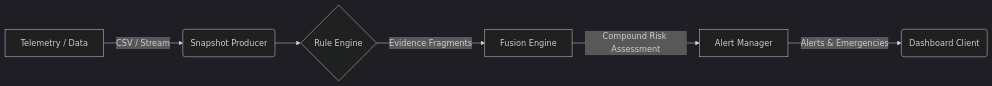
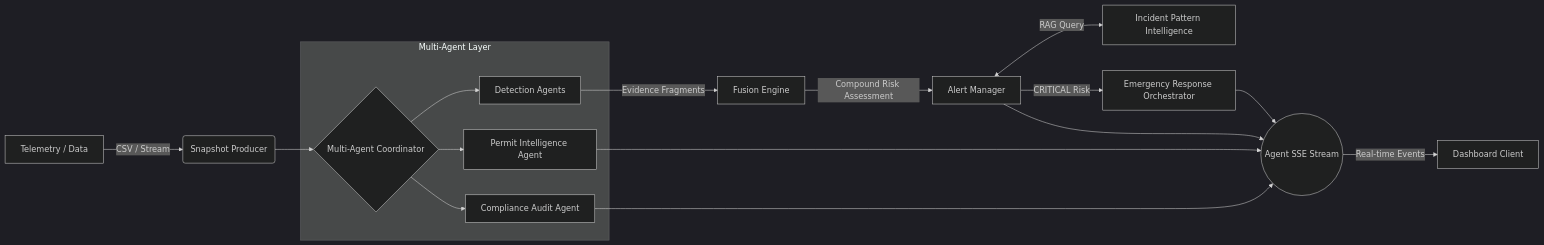
The second of 3 diagrams in README.md (Mahatva777/IndusIntel-AI), drawn with Mermaid (dark theme) before and after one commit. The commit also changed other lines of this file and 80 other files, not shown here.

Commit message:
feat: integrate Multi-Agent architecture with RAG and Compliance Intelligence

````diff
--- a/README.md
+++ b/README.md
@@ -60,8 +80,23 @@
 ```mermaid
 flowchart LR
     A[Telemetry / Data] -->|CSV / Stream| B(Snapshot Producer)
-    B --> C{Rule Engine}
-    C -->|Evidence Fragments| D[Fusion Engine]
+    B --> C{Multi-Agent Coordinator}
+    
+    subgraph Multi-Agent Layer
+        C --> R1[Detection Agents]
+        C --> R2[Permit Intelligence Agent]
+        C --> R3[Compliance Audit Agent]
+    end
+    
+    R1 -->|Evidence Fragments| D[Fusion Engine]
     D -->|Compound Risk Assessment| E[Alert Manager]
-    E -->|Alerts & Emergencies| F(Dashboard Client)
+    E <-->|RAG Query| F[Incident Pattern Intelligence]
+    E -->|CRITICAL Risk| G[Emergency Response Orchestrator]
+    
+    R2 --> H
+    R3 --> H
+    E --> H
+    G --> H
+    
+    H((Agent SSE Stream)) -->|Real-time Events| I[Dashboard Client]
 ```
````
